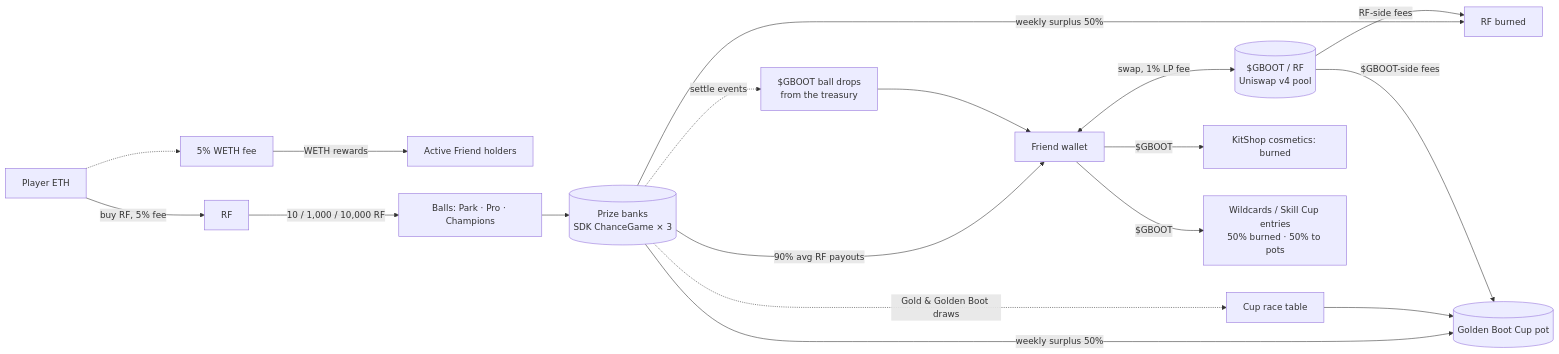
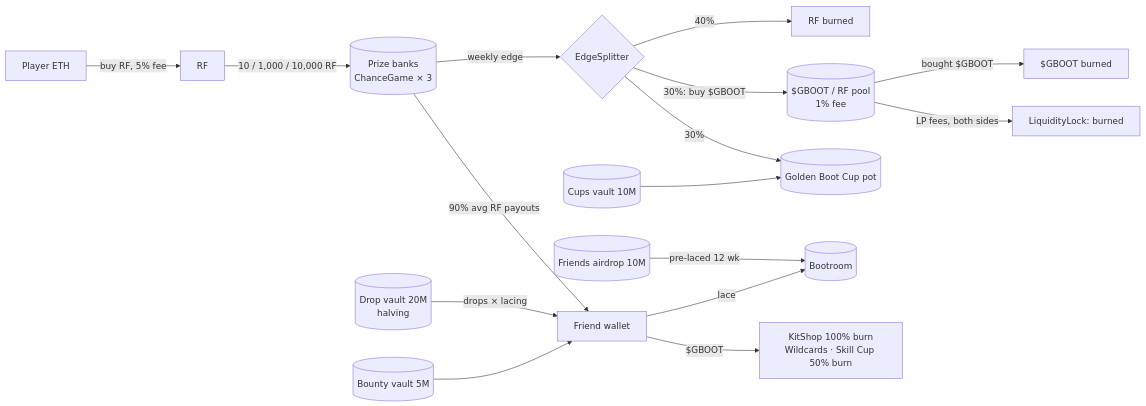
Before and after one commit to tulipoaaaaa/penalty-kings: the diagram in docs/ECONOMY.md, drawn with Mermaid. The commit also changed other lines of this file and 9 other files, not shown here.

````diff
--- a/docs/ECONOMY.md
+++ b/docs/ECONOMY.md
@@ -41,20 +51,18 @@
 ```mermaid
 flowchart LR
   ETH[Player ETH] -->|buy RF, 5% fee| RF[RF]
-  FEE[5% WETH fee] -->|WETH rewards| FR[Active Friend holders]
-  ETH -.-> FEE
-  RF -->|10 / 1,000 / 10,000 RF| BALL[Balls: Park · Pro · Champions]
-  BALL --> BANK[(Prize banks<br/>SDK ChanceGame × 3)]
+  RF -->|10 / 1,000 / 10,000 RF| BANK[(Prize banks<br/>ChanceGame × 3)]
   BANK -->|90% avg RF payouts| PLAYER[Friend wallet]
-  BANK -->|weekly surplus 50%| BURN[RF burned]
-  BANK -->|weekly surplus 50%| CUP[(Golden Boot Cup pot)]
-  BANK -. settle events .-> DROPS[$GBOOT ball drops<br/>from the treasury]
-  BANK -. Gold & Golden Boot draws .-> RACE[Cup race table]
-  RACE --> CUP
-  DROPS --> PLAYER
-  PLAYER <-->|swap, 1% LP fee| POOL[($GBOOT / RF<br/>Uniswap v4 pool)]
-  POOL -->|RF-side fees| BURN
-  POOL -->|$GBOOT-side fees| CUP
-  PLAYER -->|$GBOOT| SHOP[KitShop cosmetics: burned]
-  PLAYER -->|$GBOOT| WILD[Wildcards / Skill Cup entries<br/>50% burned · 50% to pots]
+  BANK -->|weekly edge| SPLIT{EdgeSplitter}
+  SPLIT -->|40%| RFBURN[RF burned]
+  SPLIT -->|30%: buy $GBOOT| POOL[($GBOOT / RF pool<br/>1% fee)]
+  POOL -->|bought $GBOOT| GBURN[$GBOOT burned]
+  SPLIT -->|30%| CUP[(Golden Boot Cup pot)]
+  POOL -->|LP fees, both sides| LOCK[LiquidityLock: burned]
+  DV[(Drop vault 20M<br/>halving)] -->|drops × lacing| PLAYER
+  CV[(Cups vault 10M)] --> CUP
+  BV[(Bounty vault 5M)] --> PLAYER
+  AD[(Friends airdrop 10M)] -->|pre-laced 12 wk| BOOT[(Bootroom)]
+  PLAYER -->|lace| BOOT
+  PLAYER -->|$GBOOT| SINKS[KitShop 100% burn<br/>Wildcards · Skill Cup 50% burn]
 ```
````
